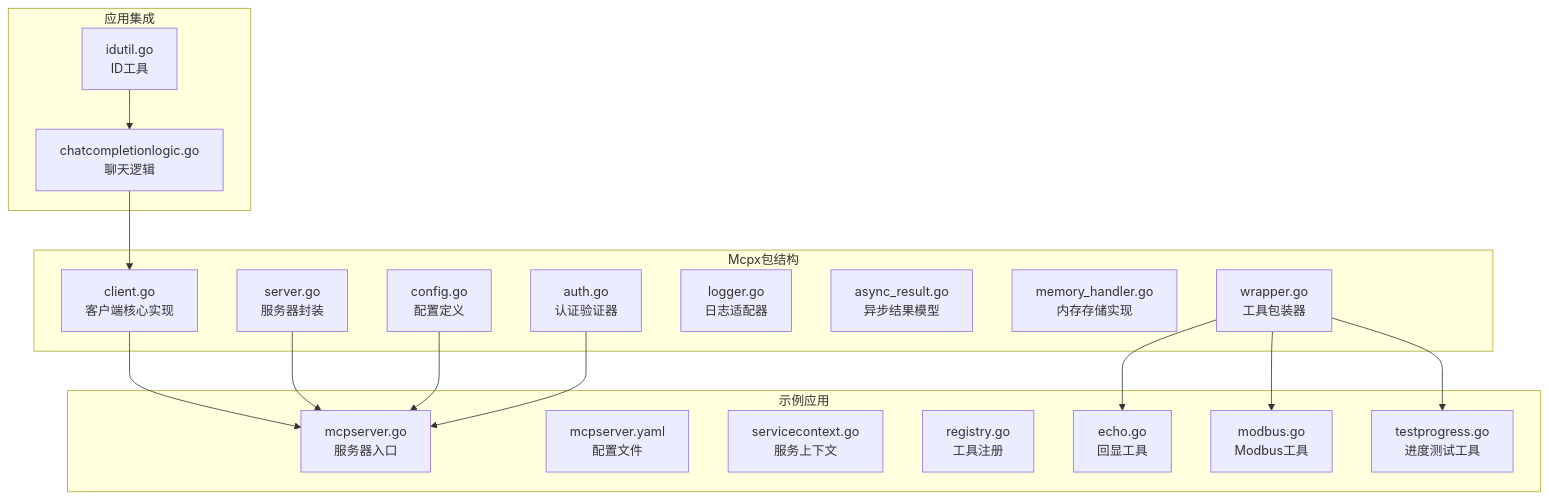
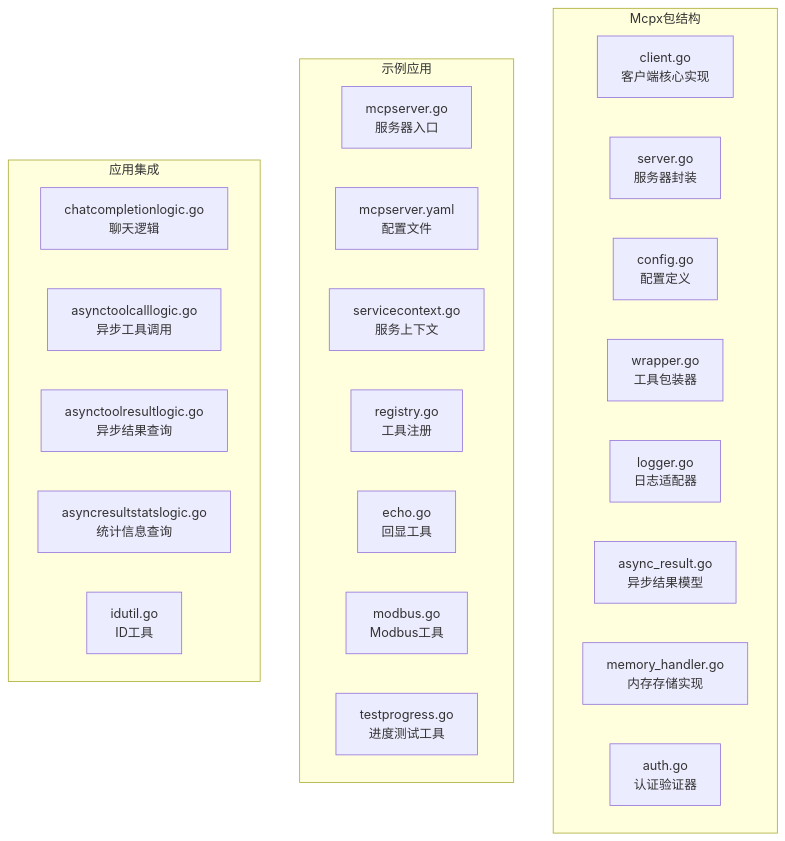
The first of 17 diagrams in .qoder/repowiki/zh/content/Mcpx客户端包.md (maomao94/zero-service), drawn with Mermaid before and after one commit. The commit also changed other lines of this file and 48 other files, not shown here.

````diff
--- a/.qoder/repowiki/zh/content/Mcpx客户端包.md
+++ b/.qoder/repowiki/zh/content/Mcpx客户端包.md
@@ -53,35 +55,29 @@
 ```mermaid
 graph TB
 subgraph "Mcpx包结构"
 A[client.go<br/>客户端核心实现]
 B[server.go<br/>服务器封装]
 C[config.go<br/>配置定义]
 D[wrapper.go<br/>工具包装器]
 E[logger.go<br/>日志适配器]
 F[async_result.go<br/>异步结果模型]
 G[memory_handler.go<br/>内存存储实现]
 H[auth.go<br/>认证验证器]
 end
 subgraph "示例应用"
 I[mcpserver.go<br/>服务器入口]
 J[mcpserver.yaml<br/>配置文件]
 K[servicecontext.go<br/>服务上下文]
 L[registry.go<br/>工具注册]
 M[echo.go<br/>回显工具]
 N[modbus.go<br/>Modbus工具]
 O[testprogress.go<br/>进度测试工具]
 end
 subgraph "应用集成"
 P[chatcompletionlogic.go<br/>聊天逻辑]
-Q[idutil.go<br/>ID工具]
+Q[asynctoolcalllogic.go<br/>异步工具调用]
+R[asynctoolresultlogic.go<br/>异步结果查询]
+S[asyncresultstatslogic.go<br/>统计信息查询]
+T[idutil.go<br/>ID工具]
 end
-A --> I
-B --> I
-C --> I
-D --> M
-D --> N
-D --> O
-H --> I
-P --> A
-Q --> P
 ```
````
